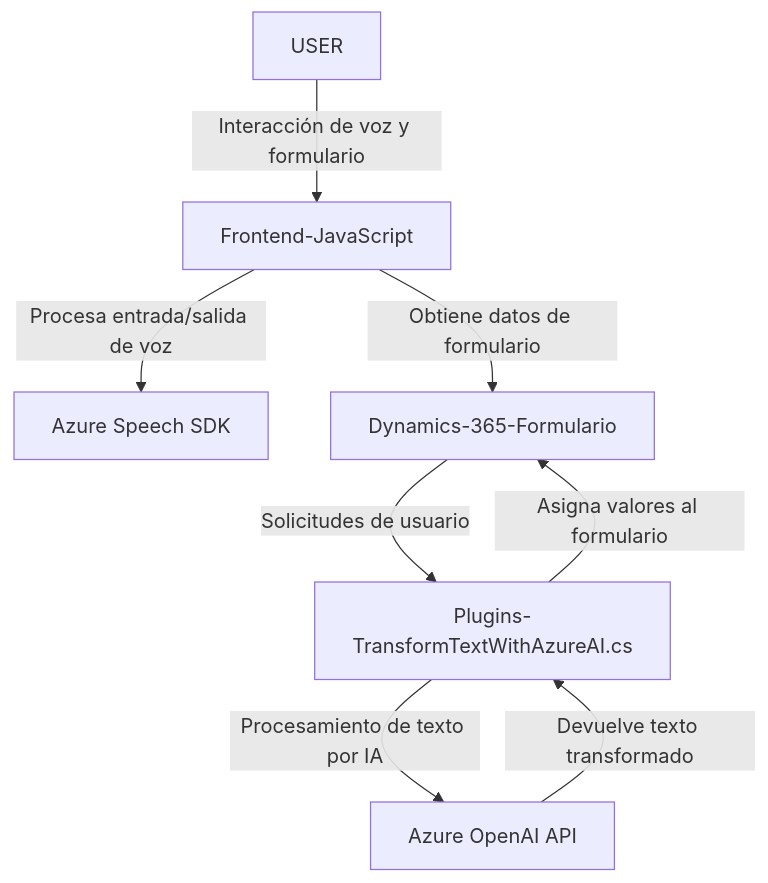
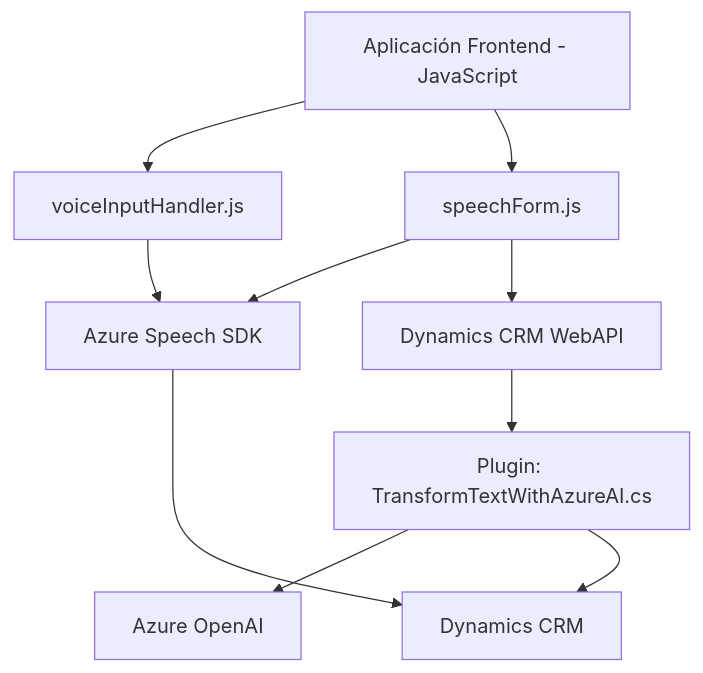
The diagram in README.md (blopezdm/NETCORE_BILBAO2025), drawn with Mermaid before and after one commit. The commit also changed other lines of this file, not shown here.

````diff
--- a/README.md
+++ b/README.md
@@ -56,17 +42,21 @@
 ```mermaid
 graph TD
-    A["USER"]
-    B["Frontend-JavaScript"]
-    C["Azure Speech SDK"]
-    D["Dynamics-365-Formulario"]
-    E["Plugins-TransformTextWithAzureAI.cs"]
-    F["Azure OpenAI API"]
-
-    A -->|Interacción de voz y formulario| B
-    B -->|Procesa entrada/salida de voz| C
-    B -->|Obtiene datos de formulario| D
-    D -->|Solicitudes de usuario| E
-    E -->|Procesamiento de texto por IA| F
-    F -->|Devuelve texto transformado| E
-    E -->|Asigna valores al formulario| D
+    A["Aplicación Frontend - JavaScript"]
+    B["voiceInputHandler.js"]
+    C["speechForm.js"]
+    D["Azure Speech SDK"]
+    E["Dynamics CRM WebAPI"]
+    F["Azure OpenAI"]
+    G["Plugin: TransformTextWithAzureAI.cs"]
+    H["Dynamics CRM"]
+    
+    A --> B
+    A --> C
+    B --> D
+    C --> D
+    C --> E
+    E --> G
+    G --> F
+    G --> H
+    D --> H
 ```
````
